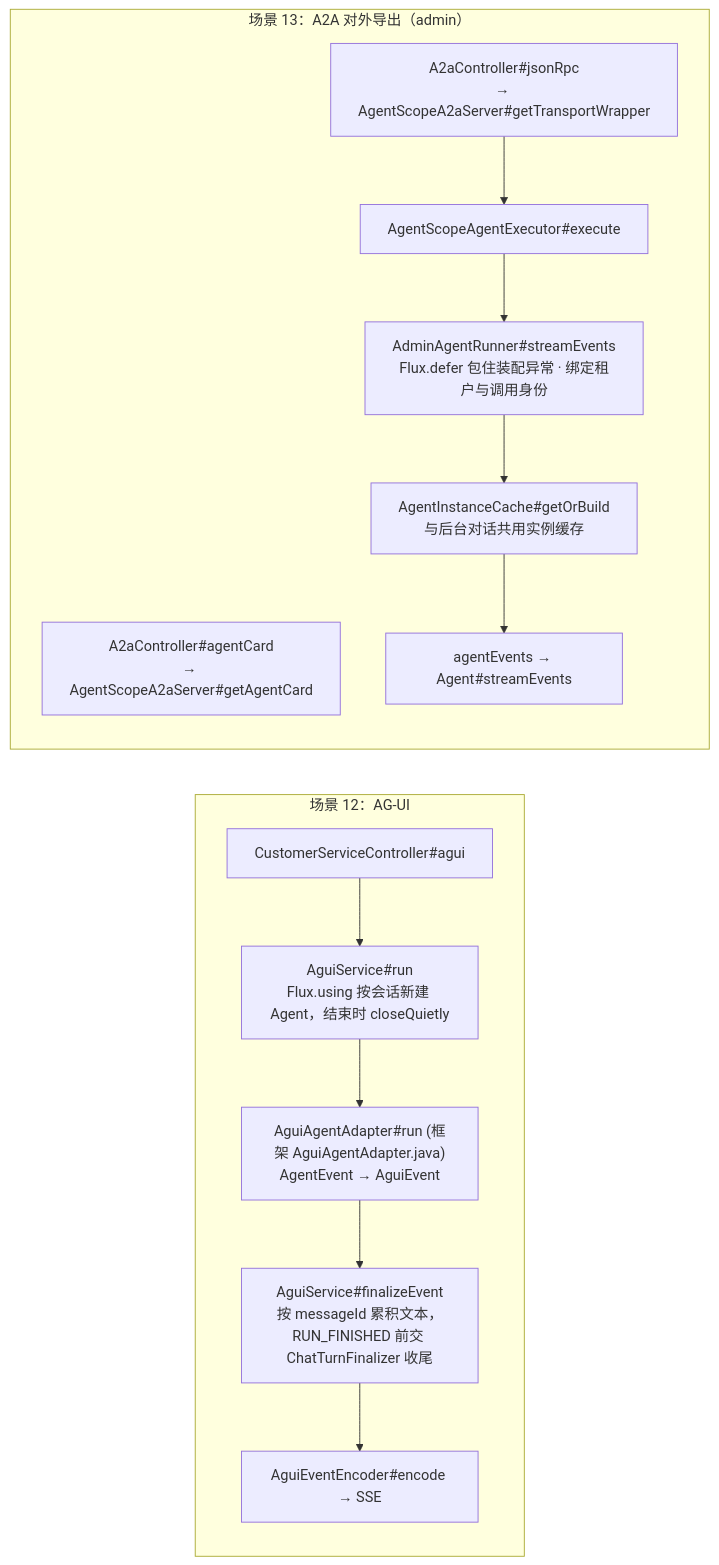
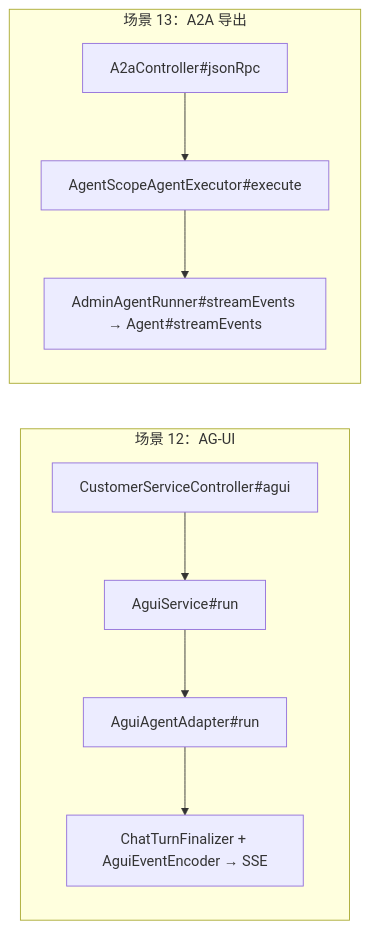
Before and after one commit to liulangjietou/AgentScope-source-analysis: the seventh of 8 diagrams in 09-customer_work场景全景映射.md, drawn with Mermaid. The commit also changed other lines of this file and 14 other files, not shown here.

````diff
--- a/09-customer_work场景全景映射.md
+++ b/09-customer_work场景全景映射.md
@@ -230,16 +165,9 @@
 ```mermaid
 flowchart LR
     subgraph S12["场景 12：AG-UI"]
-        A1["CustomerServiceController#agui"] --> A2["AguiService#run<br/>Flux.using 按会话新建 Agent，结束时 closeQuietly"]
-        A2 --> A3["AguiAgentAdapter#run (框架 AguiAgentAdapter.java)<br/>AgentEvent → AguiEvent"]
-        A3 --> A4["AguiService#finalizeEvent<br/>按 messageId 累积文本，RUN_FINISHED 前交 ChatTurnFinalizer 收尾"]
-        A4 --> A5["AguiEventEncoder#encode → SSE"]
+        A1["CustomerServiceController#agui"] --> A2["AguiService#run"] --> A3["AguiAgentAdapter#run"] --> A4["ChatTurnFinalizer + AguiEventEncoder → SSE"]
     end
-    subgraph S13["场景 13：A2A 对外导出（admin）"]
-        B1["A2aController#agentCard<br/>→ AgentScopeA2aServer#getAgentCard"]
-        B2["A2aController#jsonRpc<br/>→ AgentScopeA2aServer#getTransportWrapper"] --> B3["AgentScopeAgentExecutor#execute"]
-        B3 --> B4["AdminAgentRunner#streamEvents<br/>Flux.defer 包住装配异常 · 绑定租户与调用身份"]
-        B4 --> B5["AgentInstanceCache#getOrBuild<br/>与后台对话共用实例缓存"]
-        B5 --> B6["agentEvents → Agent#streamEvents"]
+    subgraph S13["场景 13：A2A 导出"]
+        B1["A2aController#jsonRpc"] --> B2["AgentScopeAgentExecutor#execute"] --> B3["AdminAgentRunner#streamEvents → Agent#streamEvents"]
     end
 ```
````
